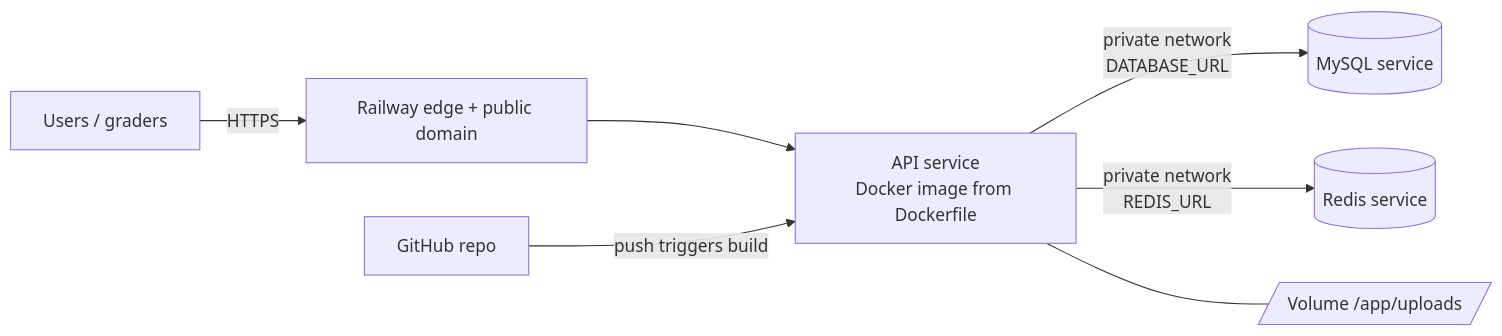
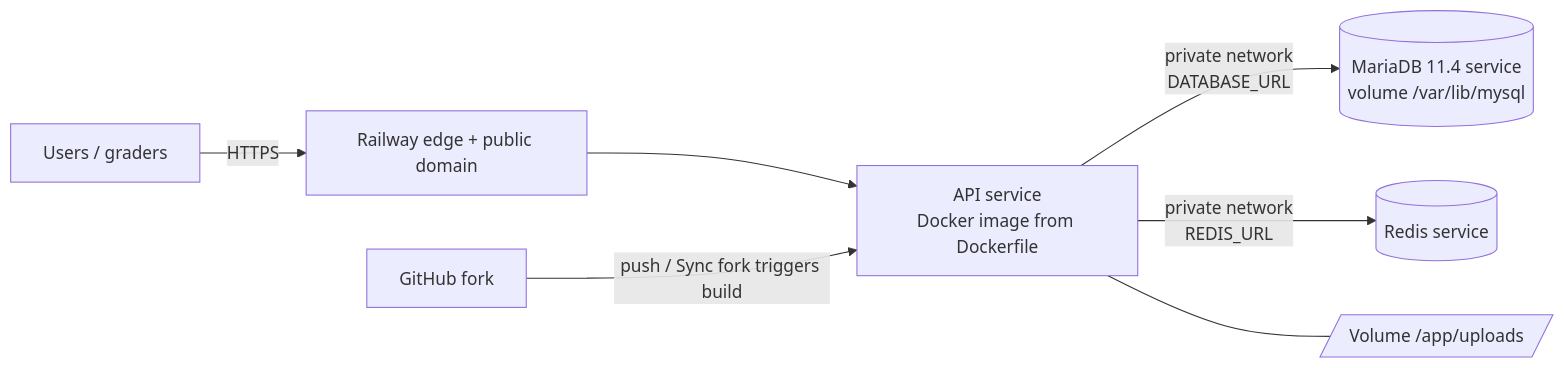
Before and after one commit to SupanutKlayhan/back-end-project: the second of 2 diagrams in nest-prisma-lab/README.md, drawn with Mermaid. The commit also changed other lines of this file, not shown here.

Commit message:
update Readme: links, MariaDB deployment details, team-members, AI declaration

````diff
--- a/nest-prisma-lab/README.md
+++ b/nest-prisma-lab/README.md
@@ -349,9 +355,9 @@
 ```mermaid
 flowchart LR
     U[Users / graders] -->|HTTPS| E[Railway edge + public domain]
     E --> A[API service<br/>Docker image from Dockerfile]
-    A -->|private network<br/>DATABASE_URL| M[(MySQL service)]
+    A -->|private network<br/>DATABASE_URL| M[(MariaDB 11.4 service<br/>volume /var/lib/mysql)]
     A -->|private network<br/>REDIS_URL| R[(Redis service)]
     A --- V[/Volume /app/uploads/]
-    G[GitHub repo] -->|push triggers build| A
+    G[GitHub fork] -->|push / Sync fork triggers build| A
 ```
````
